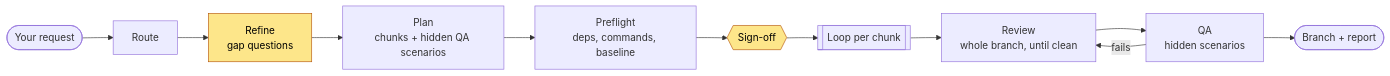
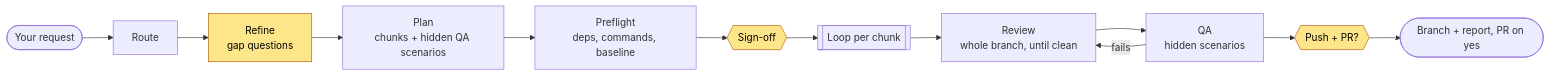
One commit to Hafiz408/dark-factory changed the first of 2 diagrams in README.md. Above: the diagram before and after it, drawn with Mermaid. The commit also changed other lines of this file and 3 other files, not shown here.

````diff
--- a/README.md
+++ b/README.md
@@ -45,16 +49,17 @@
 ```mermaid
 flowchart LR
     A([Your request]) --> R[Route]
     R --> F[Refine<br/>gap questions]
     F --> P[Plan<br/>chunks + hidden QA scenarios]
     P --> PF[Preflight<br/>deps, commands, baseline]
     PF --> S{{Sign-off}}
     S --> L[[Loop per chunk]]
     L --> I[Review<br/>whole branch, until clean]
     I --> QA[QA<br/>hidden scenarios]
     QA -->|fails| I
-    QA --> O([Branch + report])
+    QA --> SH{{Push + PR?}}
+    SH --> O([Branch + report, PR on yes])
 
     classDef you fill:#fde68a,stroke:#b45309,color:#000
-    class F,S you
+    class F,S,SH you
 ```
````
